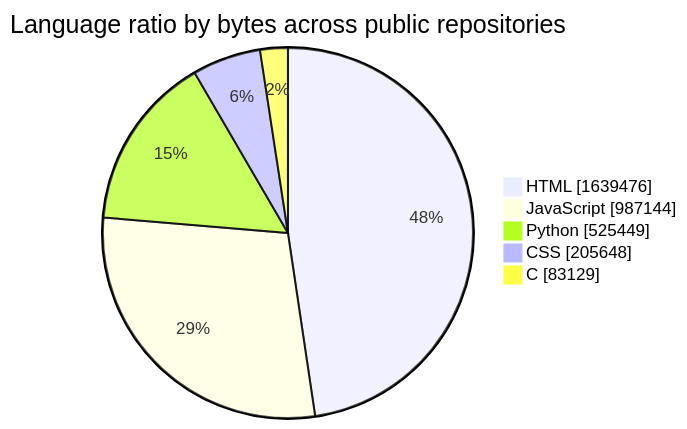
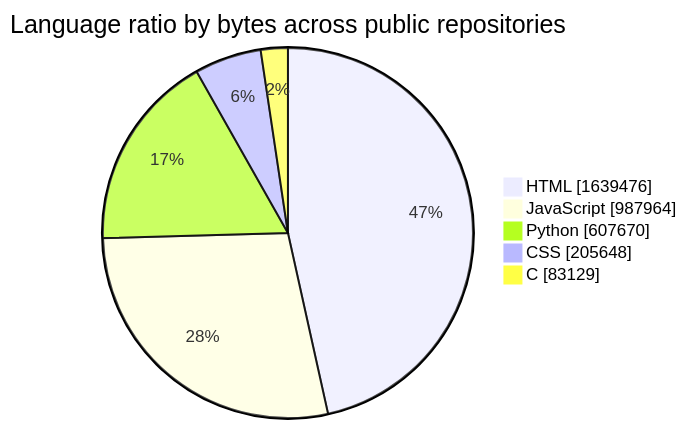
One commit to tchinso/tchinso changed the first of 2 diagrams in README.md. Above: the diagram before and after it, drawn with Mermaid. The commit also changed other lines of this file, not shown here.

````diff
--- a/README.md
+++ b/README.md
@@ -24,9 +24,9 @@
 ```mermaid
 pie showData
     title Language ratio by bytes across public repositories
     "HTML" : 1639476
-    "JavaScript" : 987144
-    "Python" : 525449
+    "JavaScript" : 987964
+    "Python" : 607670
     "CSS" : 205648
     "C" : 83129
 ```
````
